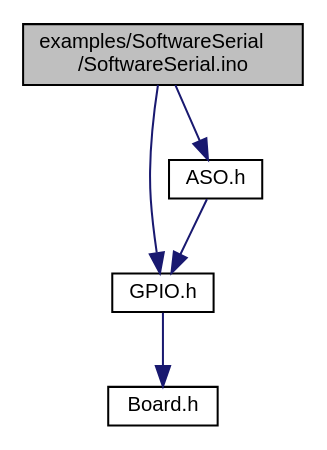
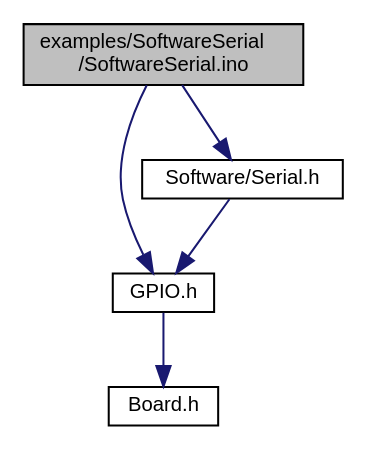
Before and after one commit to mikaelpatel/mikaelpatel.github.io: the diagram in Arduino-GPIO/d6/dc5/SoftwareSerial_8ino__incl.dot, drawn with Graphviz. The commit also changed 238 other files, not shown here.

```diff
--- a/Arduino-GPIO/d6/dc5/SoftwareSerial_8ino__incl.dot
+++ b/Arduino-GPIO/d6/dc5/SoftwareSerial_8ino__incl.dot
@@ -1,13 +1,13 @@
 digraph "examples/SoftwareSerial/SoftwareSerial.ino"
 {
   edge [fontname="Helvetica",fontsize="10",labelfontname="Helvetica",labelfontsize="10"];
   node [fontname="Helvetica",fontsize="10",shape=record];
   Node1 [label="examples/SoftwareSerial\l/SoftwareSerial.ino",height=0.2,width=0.4,color="black", fillcolor="grey75", style="filled", fontcolor="black"];
   Node1 -> Node2 [color="midnightblue",fontsize="10",style="solid",fontname="Helvetica"];
   Node2 [label="GPIO.h",height=0.2,width=0.4,color="black", fillcolor="white", style="filled",URL="$dc/dbe/GPIO_8h.html"];
   Node2 -> Node3 [color="midnightblue",fontsize="10",style="solid",fontname="Helvetica"];
   Node3 [label="Board.h",height=0.2,width=0.4,color="black", fillcolor="white", style="filled",URL="$dd/dd3/Board_8h.html"];
   Node1 -> Node4 [color="midnightblue",fontsize="10",style="solid",fontname="Helvetica"];
-  Node4 [label="ASO.h",height=0.2,width=0.4,color="black", fillcolor="white", style="filled",URL="$d7/dd7/ASO_8h.html"];
+  Node4 [label="Software/Serial.h",height=0.2,width=0.4,color="black", fillcolor="white", style="filled",URL="$d7/dae/Serial_8h.html"];
   Node4 -> Node2 [color="midnightblue",fontsize="10",style="solid",fontname="Helvetica"];
 }
```
